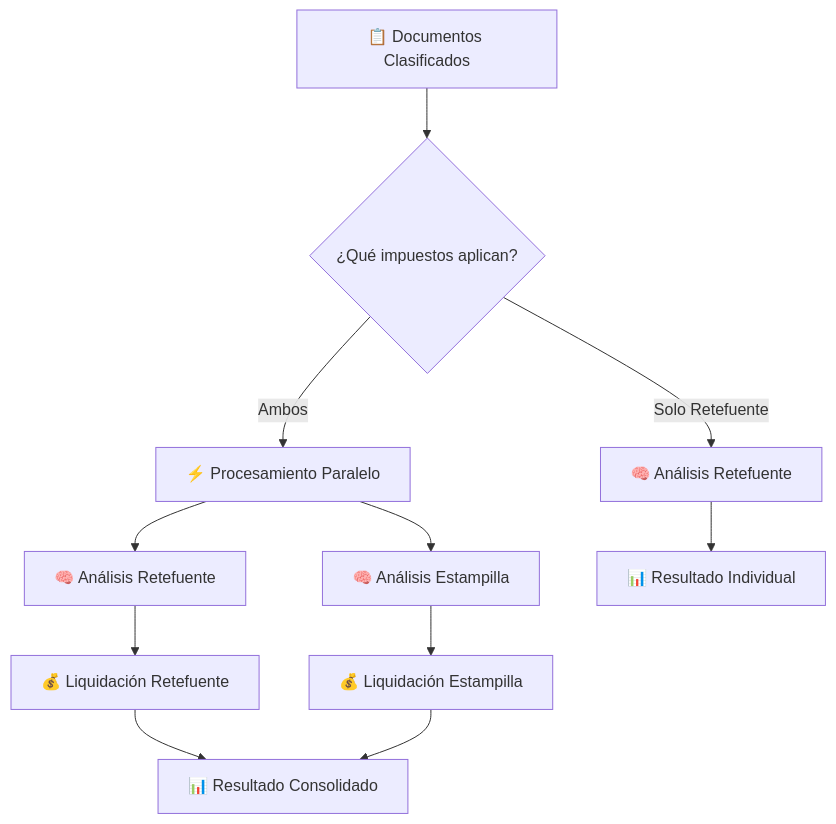
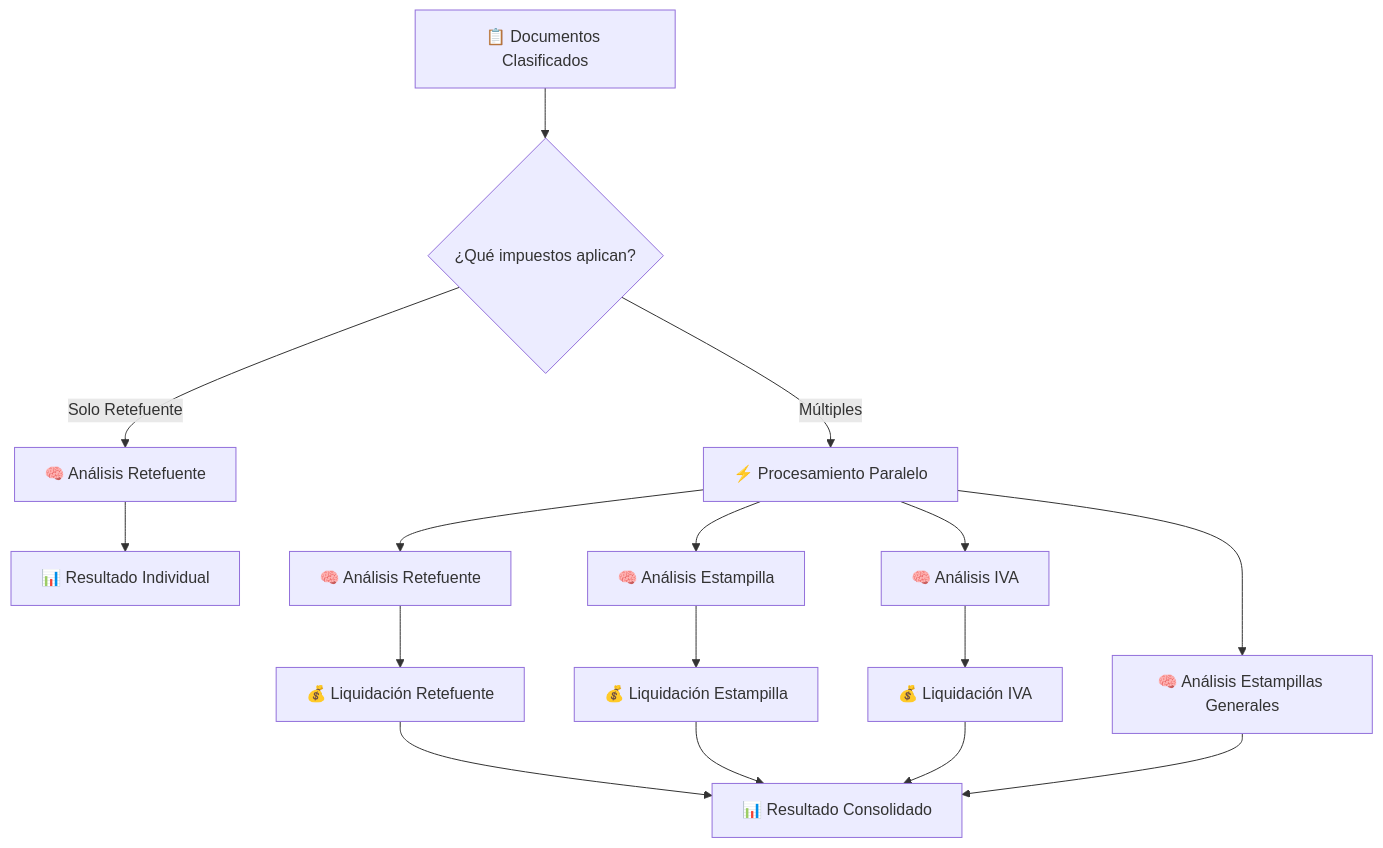
Before and after one commit to nexuraintl/mod_preliquidador: the second of 2 diagrams in README.md, drawn with Mermaid. The commit also changed other lines of this file and 2 other files, not shown here.

Commit message:
actualizacion formato JSon resultado_final

````diff
--- a/README.md
+++ b/README.md
@@ -168,16 +197,21 @@
 ```mermaid
 graph TD
     A[📋 Documentos Clasificados] --> B{¿Qué impuestos aplican?}
     B -->|Solo Retefuente| C[🧠 Análisis Retefuente]
-    B -->|Ambos| D[⚡ Procesamiento Paralelo]
+    B -->|Múltiples| D[⚡ Procesamiento Paralelo]
     
     D --> E[🧠 Análisis Retefuente]
     D --> F[🧠 Análisis Estampilla]
+    D --> G[🧠 Análisis IVA]
+    D --> H[🧠 Análisis Estampillas Generales]
     
-    E --> G[💰 Liquidación Retefuente]
-    F --> H[💰 Liquidación Estampilla]
+    E --> I[💰 Liquidación Retefuente]
+    F --> J[💰 Liquidación Estampilla]
+    G --> K[💰 Liquidación IVA]
     
-    C --> I[📊 Resultado Individual]
-    G --> J[📊 Resultado Consolidado]
-    H --> J
+    C --> L[📊 Resultado Individual]
+    I --> M[📊 Resultado Consolidado]
+    J --> M
+    K --> M
+    H --> M
 ```
````
